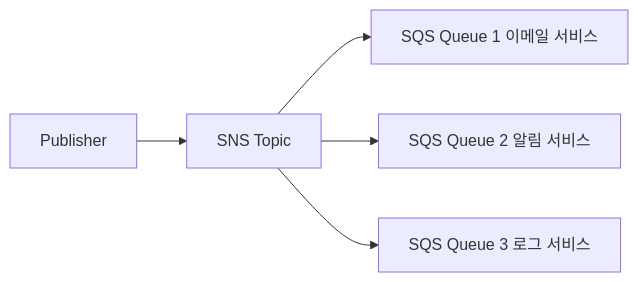
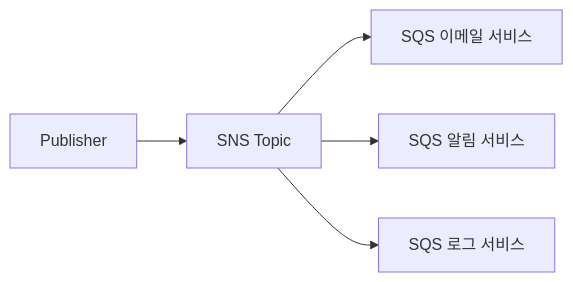
Before and after one commit to yjkim2015/yjkim2015.github.io: the sixth of 9 diagrams in _posts/cloud/2026-05-03-aws-core-services.md, drawn with Mermaid. The commit also changed other lines of this file and 245 other files, not shown here.

First line of the commit message:
Mermaid 다이어그램 전면 수정 + 면접 포인트 접기/펼치기 + DB 데드락 페이지

````diff
--- a/_posts/cloud/2026-05-03-aws-core-services.md
+++ b/_posts/cloud/2026-05-03-aws-core-services.md
@@ -594,7 +594,7 @@
 ```mermaid
 graph LR
     P[Publisher] --> T[SNS Topic]
-    T --> Q1[SQS Queue 1 이메일 서비스]
-    T --> Q2[SQS Queue 2 알림 서비스]
-    T --> Q3[SQS Queue 3 로그 서비스]
+    T --> Q1["SQS 이메일 서비스"]
+    T --> Q2["SQS 알림 서비스"]
+    T --> Q3["SQS 로그 서비스"]
 ```
````
